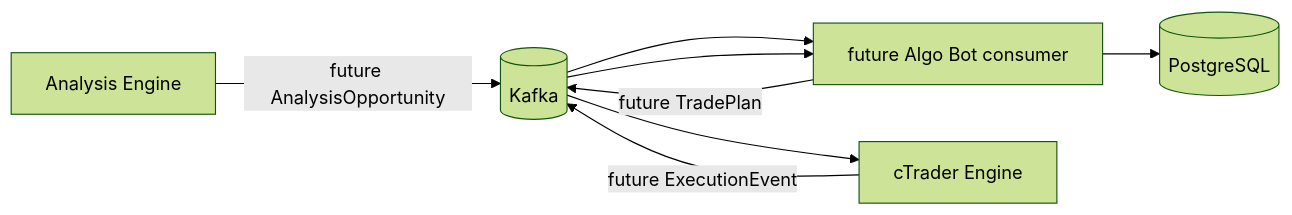
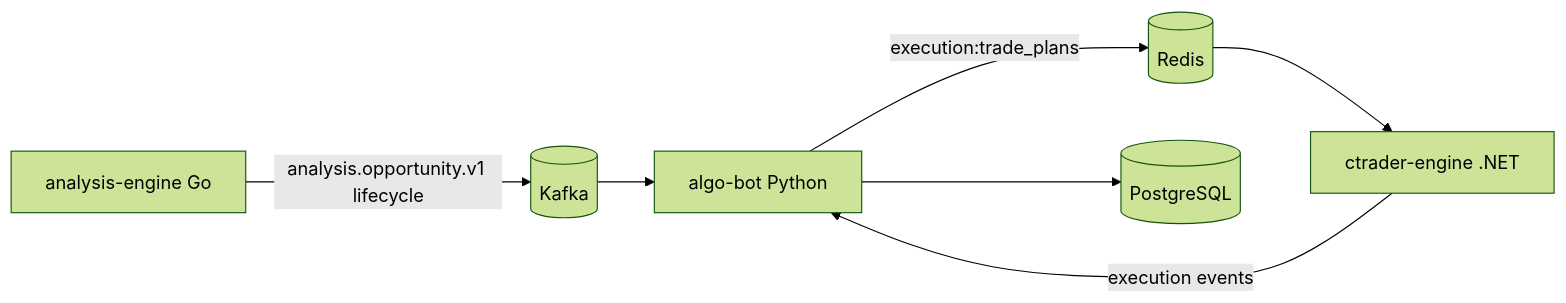
The second of 2 diagrams in docs/architecture/event-flow.md (st-mich43l/apexvoid-trading-bot), drawn with Mermaid (forest theme) before and after one commit. The commit also changed other lines of this file and 271 other files, not shown here.

````diff
--- a/docs/architecture/event-flow.md
+++ b/docs/architecture/event-flow.md
@@ -27,10 +18,9 @@
 ```mermaid
 flowchart LR
-    AE[Analysis Engine] -->|future AnalysisOpportunity| K[(Kafka)]
-    K --> AB[future Algo Bot consumer]
-    AB -->|future TradePlan| K
-    K --> CE[cTrader Engine]
-    CE -->|future ExecutionEvent| K
-    K --> AB
-    AB --> PG[(PostgreSQL)]
+  AE[analysis-engine Go] -->|analysis.opportunity.v1 lifecycle| K[(Kafka)]
+  K --> AB[algo-bot Python]
+  AB -->|execution:trade_plans| R[(Redis)]
+  R --> CE[ctrader-engine .NET]
+  CE -->|execution events| AB
+  AB --> PG[(PostgreSQL)]
 ```
````
